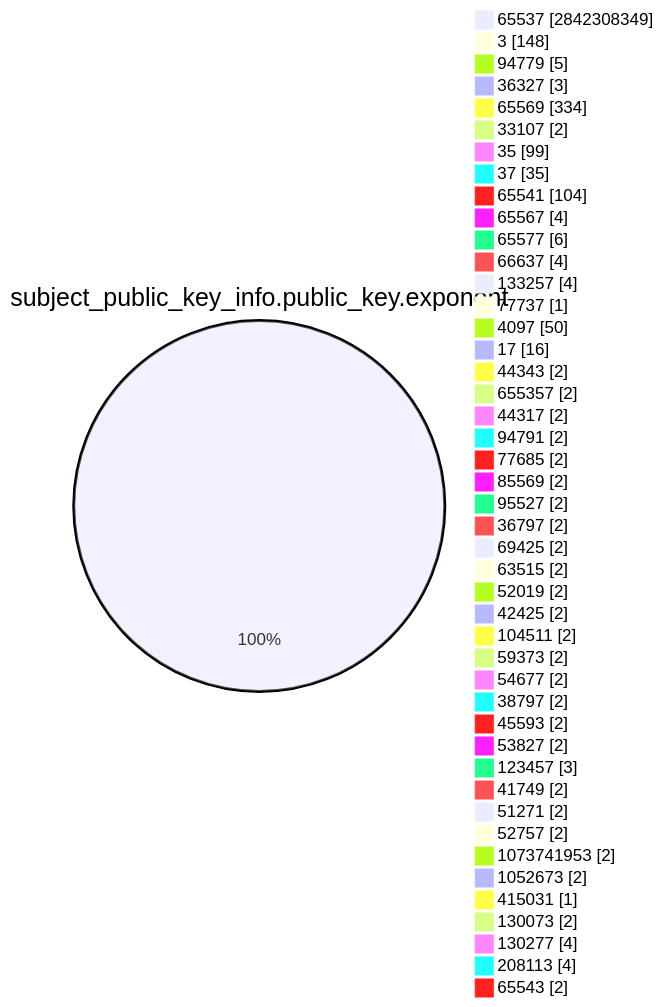
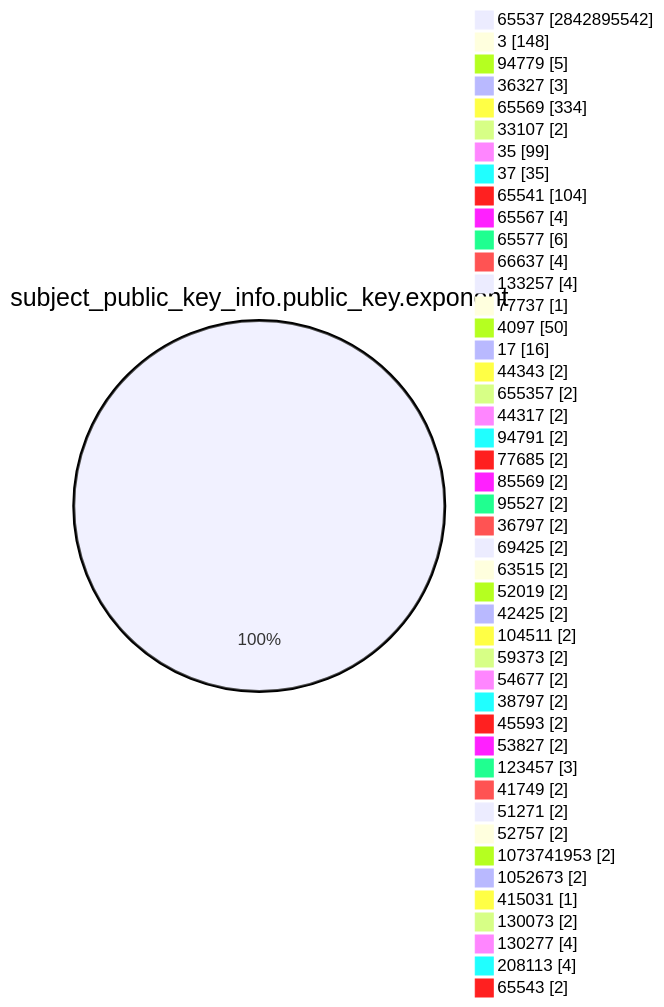
One commit to christiankrug/ctmonitor_visualization changed the fourth of 15 diagrams in TOTAL/README.md. Above: the diagram before and after it, drawn with Mermaid. The commit also changed other lines of this file, not shown here.

````diff
--- a/TOTAL/README.md
+++ b/TOTAL/README.md
@@ -1468,49 +1468,49 @@
 ```mermaid
 pie showData
 title subject_public_key_info.public_key.exponent
-"65537" :2842308349
+"65537" :2842895542
 "3" :148
 "94779" :5
 "36327" :3
 "65569" :334
 "33107" :2
 "35" :99
 "37" :35
 "65541" :104
 "65567" :4
 "65577" :6
 "66637" :4
 "133257" :4
 "77737" :1
 "4097" :50
 "17" :16
 "44343" :2
 "655357" :2
 "44317" :2
 "94791" :2
 "77685" :2
 "85569" :2
 "95527" :2
 "36797" :2
 "69425" :2
 "63515" :2
 "52019" :2
 "42425" :2
 "104511" :2
 "59373" :2
 "54677" :2
 "38797" :2
 "45593" :2
 "53827" :2
 "123457" :3
 "41749" :2
 "51271" :2
 "52757" :2
 "1073741953" :2
 "1052673" :2
 "415031" :1
 "130073" :2
 "130277" :4
 "208113" :4
 "65543" :2
 ```
````
